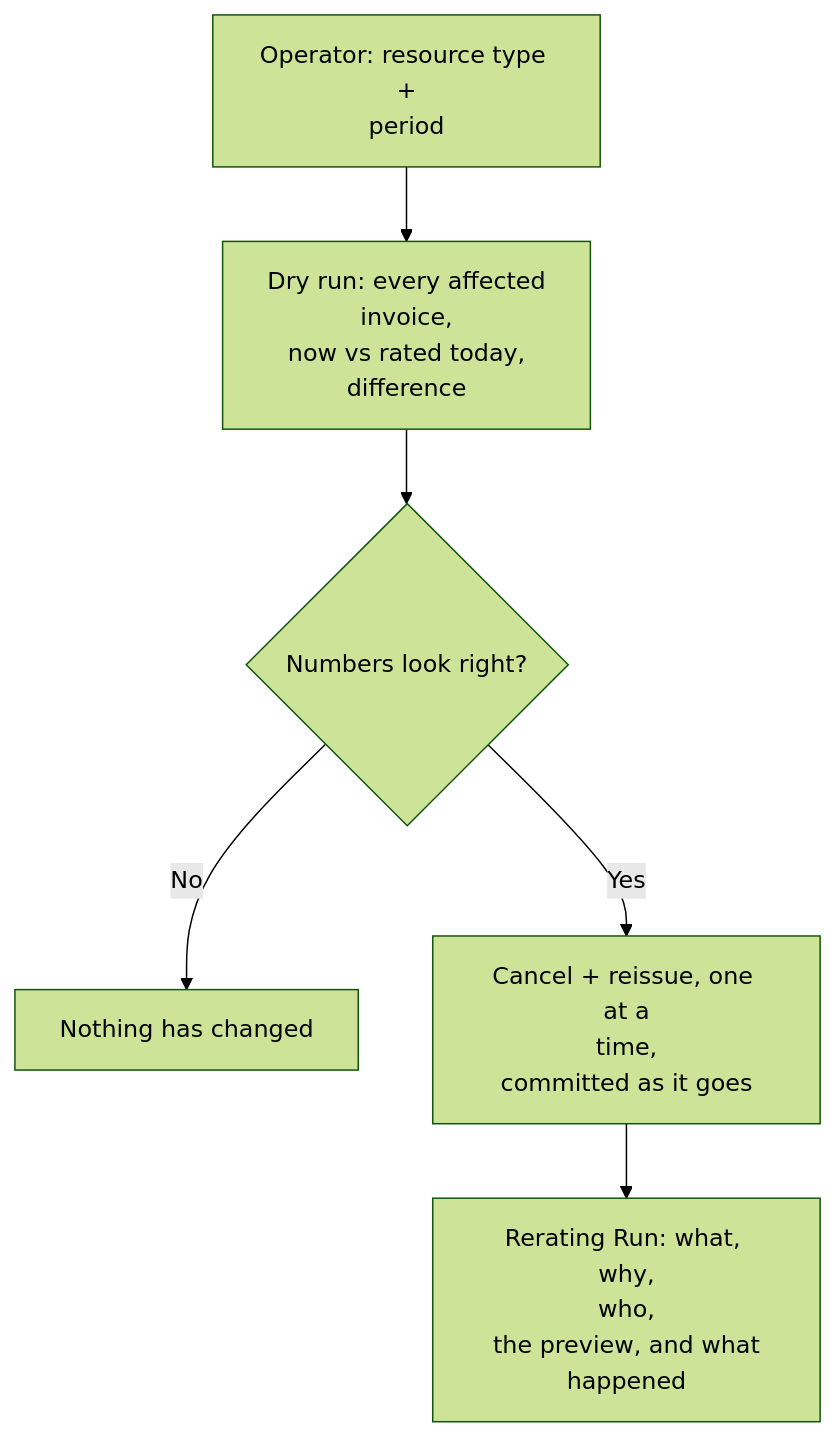
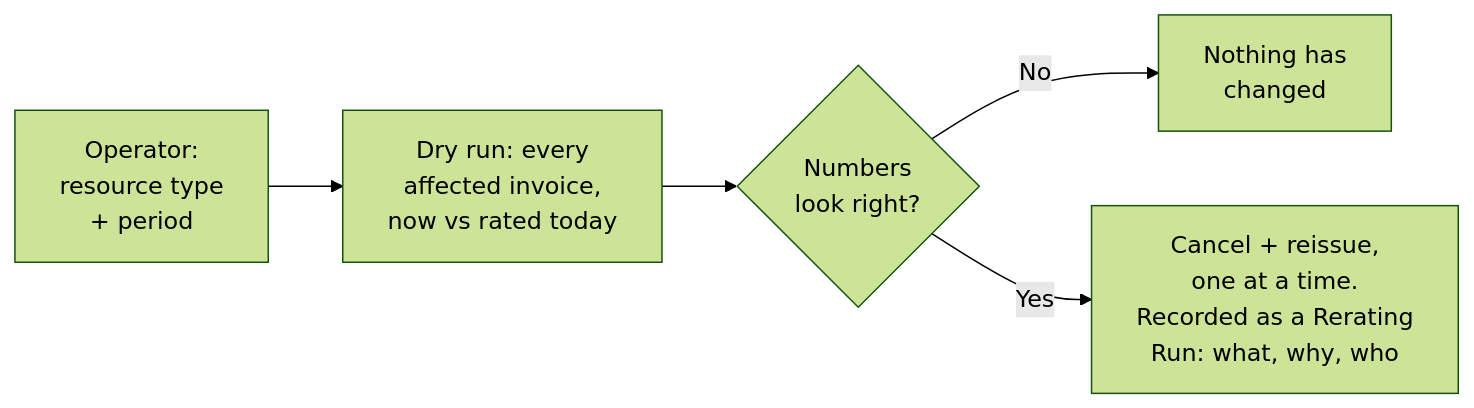
One commit to saurabh6790/v2-billing-specs changed the diagram in diagrams/rerating-flow.mmd. Above: the diagram before and after it, drawn with Mermaid (forest theme). The commit also changed 15 other files, not shown here.

Commit message:
diagrams: read left to right, and label a fork that is not a choice

```diff
--- a/diagrams/rerating-flow.mmd
+++ b/diagrams/rerating-flow.mmd
@@ -1,15 +1,14 @@
-flowchart TD
-    O["`Operator: resource type +
-period`"] --> PV["`Dry run: every affected
-invoice,
-now vs rated today,
-difference`"]
-    PV --> Q{"Numbers look right?"}
-    Q -->|"No"| STOP["Nothing has changed"]
-    Q -->|"Yes"| AP["`Cancel + reissue, one at a
-time,
-committed as it goes`"]
-    AP --> R["`Rerating Run: what, why,
-who,
-the preview, and what
-happened`"]
+flowchart LR
+    O["`Operator:
+resource type
++ period`"] --> PV["`Dry run: every
+affected invoice,
+now vs rated today`"]
+    PV --> Q{"`Numbers
+look right?`"}
+    Q -->|"No"| STOP["`Nothing has
+changed`"]
+    Q -->|"Yes"| AP["`Cancel + reissue,
+one at a time.
+Recorded as a Rerating
+Run: what, why, who`"]
```
